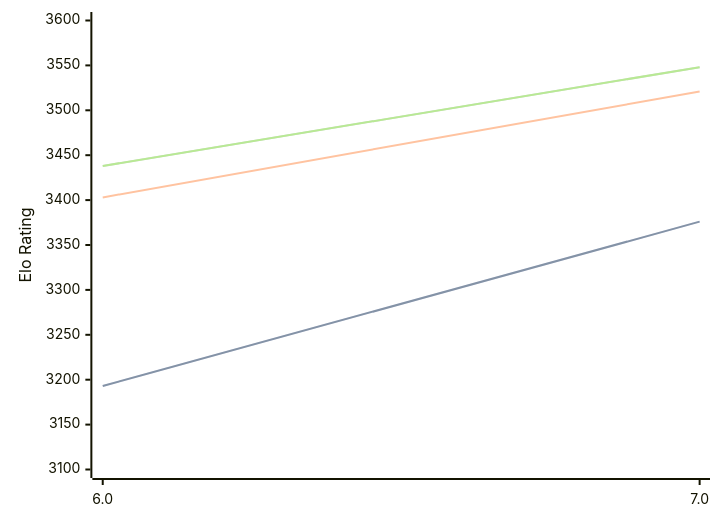
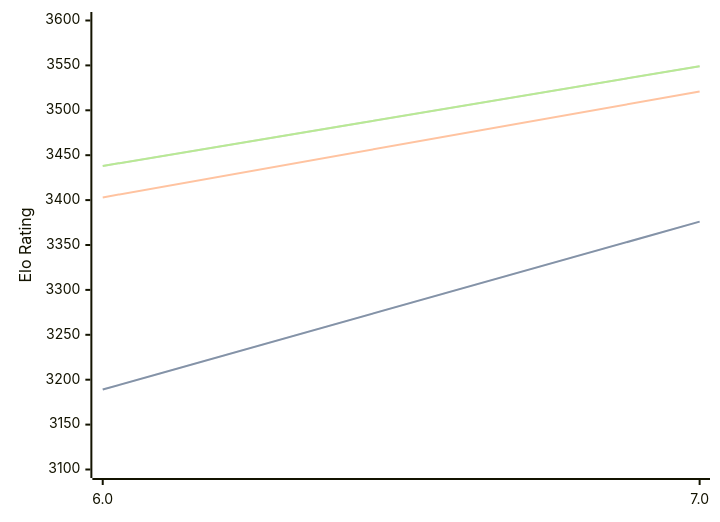
One commit to computer-chess-index/cci changed the diagram in engines/Devre.md. Above: the diagram before and after it, drawn with Mermaid. The commit also changed other lines of this file, not shown here.

Commit message:
Update CCI Ratings (ELO VLTC) - 2026-09-05

````diff
--- a/engines/Devre.md
+++ b/engines/Devre.md
@@ -32,11 +32,11 @@
 ```mermaid
 %%{init: {"theme":"base","themeVariables":{"seriesColors:['#a3a3a3','#222221','#faa371']}}}%%
 xychart-beta
   x-axis ["6.0", "7.0"]
   y-axis "Elo Rating" 3100 --> 3600
-  line "" [3193, 3376]
-  line "STC (8.0+0.08s)" [3193, 3376]
+  line "" [3189, 3376]
+  line "STC (8.0+0.08s)" [3189, 3376]
   line "LTC (60.0+0.60s)" [3403, 3521]
-  line "" [3438, 3548]
-  line "VLTC (2m24s+1.12s)" [3438, 3548]
+  line "" [3438, 3549]
+  line "VLTC (2m24s+1.12s)" [3438, 3549]
 ```
````
